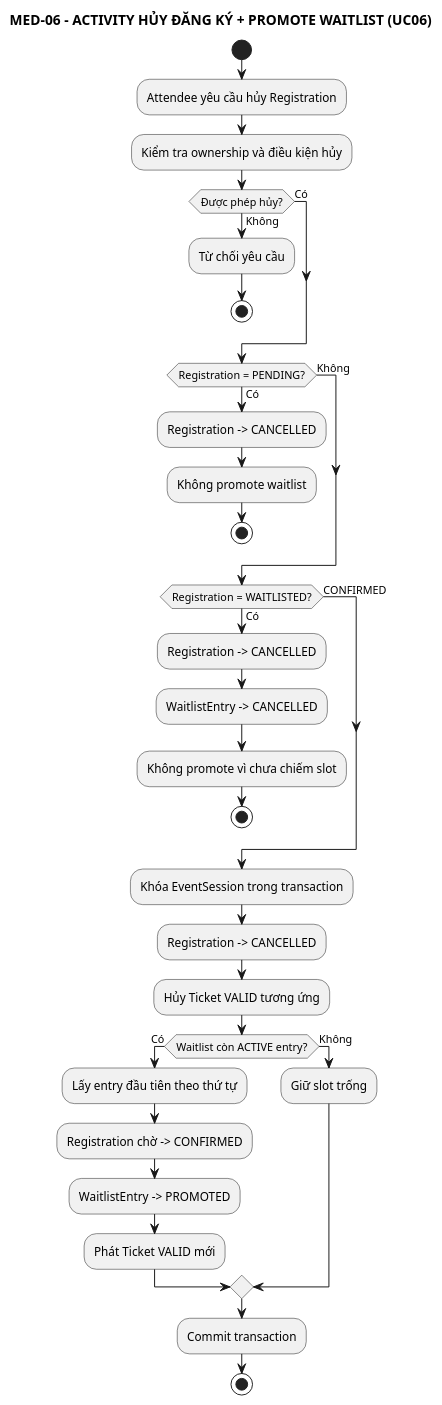
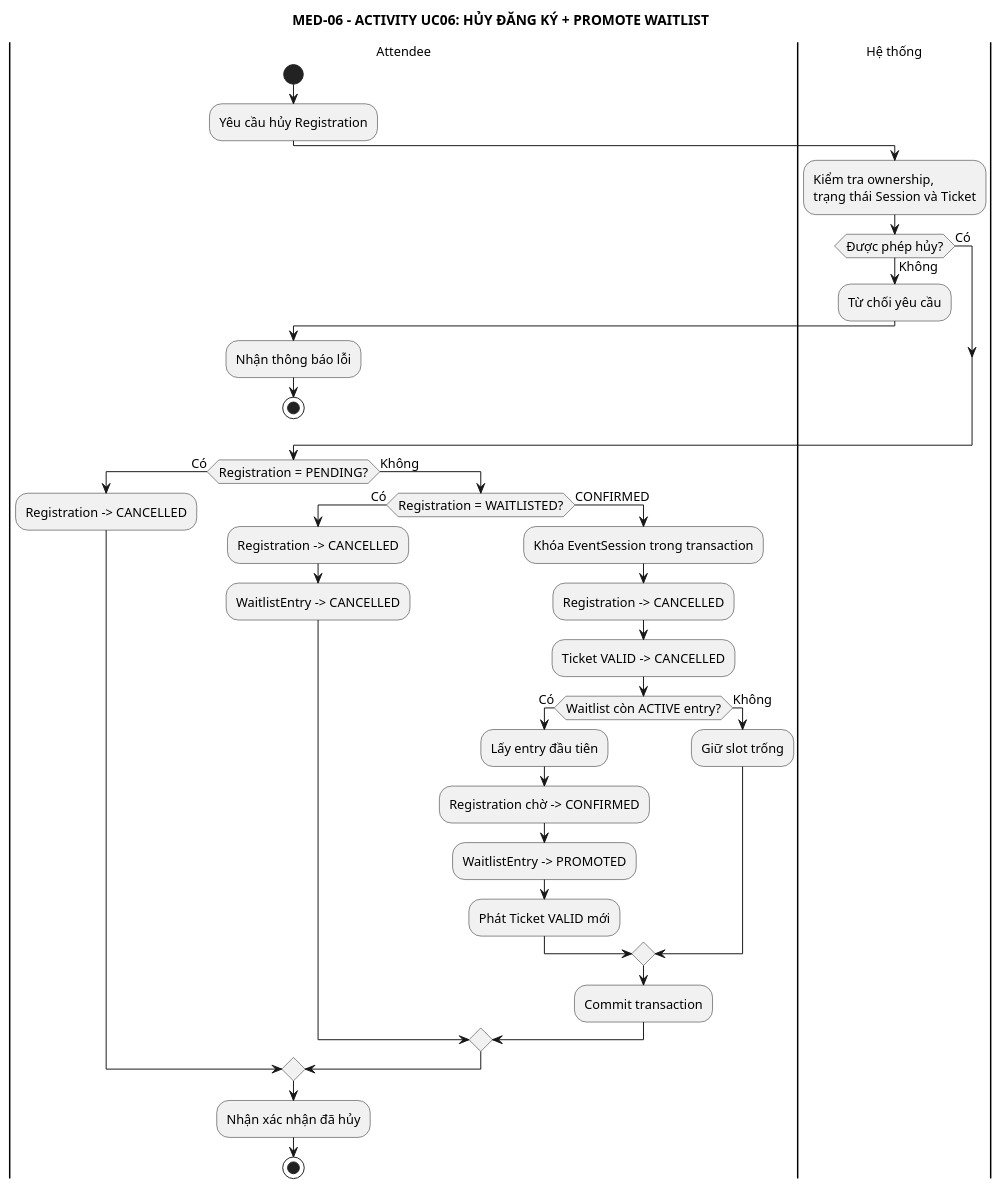
Before and after one commit to anh632k-ui/OOP-DoAn: the diagram in PTTK/06_Activity/02-cancel-promote-flow.puml, drawn with PlantUML.

Commit message:
refactor cancel activity into swimlane layout

```diff
--- a/PTTK/06_Activity/02-cancel-promote-flow.puml
+++ b/PTTK/06_Activity/02-cancel-promote-flow.puml
@@ -1,46 +1,53 @@
 @startuml
+skinparam monochrome true
 skinparam shadowing false
+skinparam defaultFontSize 13
 
-title MED-06 - ACTIVITY HỦY ĐĂNG KÝ + PROMOTE WAITLIST (UC06)
+title MED-06 - ACTIVITY UC06: HỦY ĐĂNG KÝ + PROMOTE WAITLIST
 
+|Attendee|
 start
-:Attendee yêu cầu hủy Registration;
-:Kiểm tra ownership và điều kiện hủy;
+:Yêu cầu hủy Registration;
+
+|Hệ thống|
+:Kiểm tra ownership,
+trạng thái Session và Ticket;
 
 if (Được phép hủy?) then (Có)
 else (Không)
   :Từ chối yêu cầu;
+  |Attendee|
+  :Nhận thông báo lỗi;
   stop
 endif
 
 if (Registration = PENDING?) then (Có)
   :Registration -> CANCELLED;
-  :Không promote waitlist;
-  stop
+
 else (Không)
+  if (Registration = WAITLISTED?) then (Có)
+    :Registration -> CANCELLED;
+    :WaitlistEntry -> CANCELLED;
+
+  else (CONFIRMED)
+    :Khóa EventSession trong transaction;
+    :Registration -> CANCELLED;
+    :Ticket VALID -> CANCELLED;
+
+    if (Waitlist còn ACTIVE entry?) then (Có)
+      :Lấy entry đầu tiên;
+      :Registration chờ -> CONFIRMED;
+      :WaitlistEntry -> PROMOTED;
+      :Phát Ticket VALID mới;
+    else (Không)
+      :Giữ slot trống;
+    endif
+
+    :Commit transaction;
+  endif
 endif
 
-if (Registration = WAITLISTED?) then (Có)
-  :Registration -> CANCELLED;
-  :WaitlistEntry -> CANCELLED;
-  :Không promote vì chưa chiếm slot;
-  stop
-else (CONFIRMED)
-endif
-
-:Khóa EventSession trong transaction;
-:Registration -> CANCELLED;
-:Hủy Ticket VALID tương ứng;
-
-if (Waitlist còn ACTIVE entry?) then (Có)
-  :Lấy entry đầu tiên theo thứ tự;
-  :Registration chờ -> CONFIRMED;
-  :WaitlistEntry -> PROMOTED;
-  :Phát Ticket VALID mới;
-else (Không)
-  :Giữ slot trống;
-endif
-
-:Commit transaction;
+|Attendee|
+:Nhận xác nhận đã hủy;
 stop
 @enduml
```
